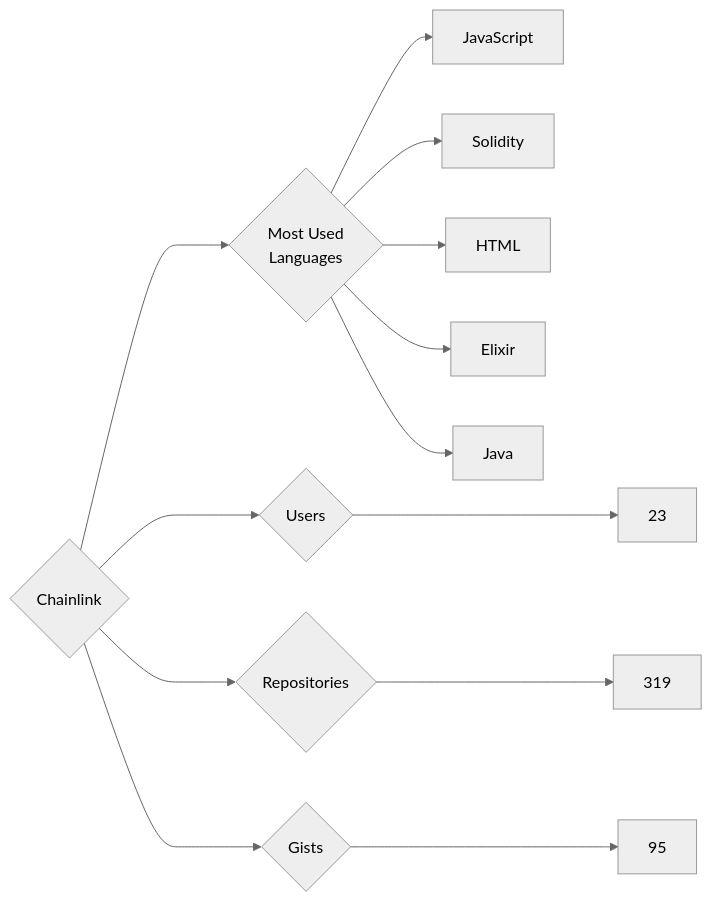
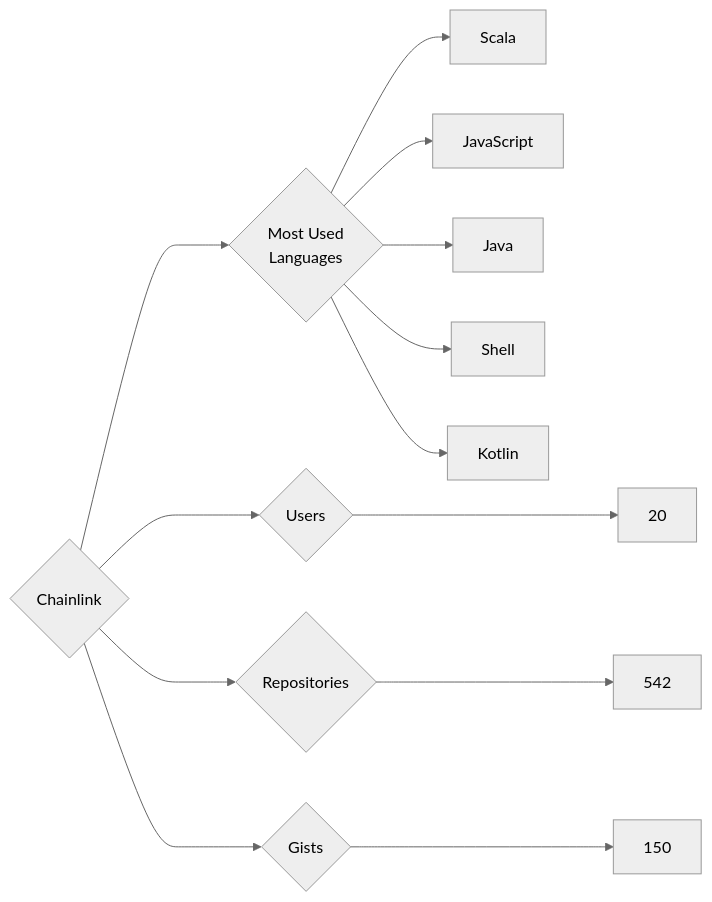
Before and after one commit to trickest/insiders: the diagram in targets/Chainlink/README.md, drawn with Mermaid (neutral theme). The commit also changed 861 other files, not shown here.

````diff
--- a/targets/Chainlink/README.md
+++ b/targets/Chainlink/README.md
@@ -3,13 +3,13 @@
 ```mermaid
 graph LR
 COMPANY_NAME{Chainlink}
-COMPANY_NAME ---> U{Users} ---> UN[23]
-COMPANY_NAME ---> R{Repositories} ---> RN[319]
-COMPANY_NAME ---> G{Gists} ---> GN[95]
+COMPANY_NAME ---> U{Users} ---> UN[20]
+COMPANY_NAME ---> R{Repositories} ---> RN[542]
+COMPANY_NAME ---> G{Gists} ---> GN[150]
 COMPANY_NAME ---> ML{Most Used<br>Languages}
+ML --> Scala[Scala]
 ML --> JavaScript[JavaScript]
-ML --> Solidity[Solidity]
-ML --> HTML[HTML]
-ML --> Elixir[Elixir]
 ML --> Java[Java]
+ML --> Shell[Shell]
+ML --> Kotlin[Kotlin]
 ```
````
